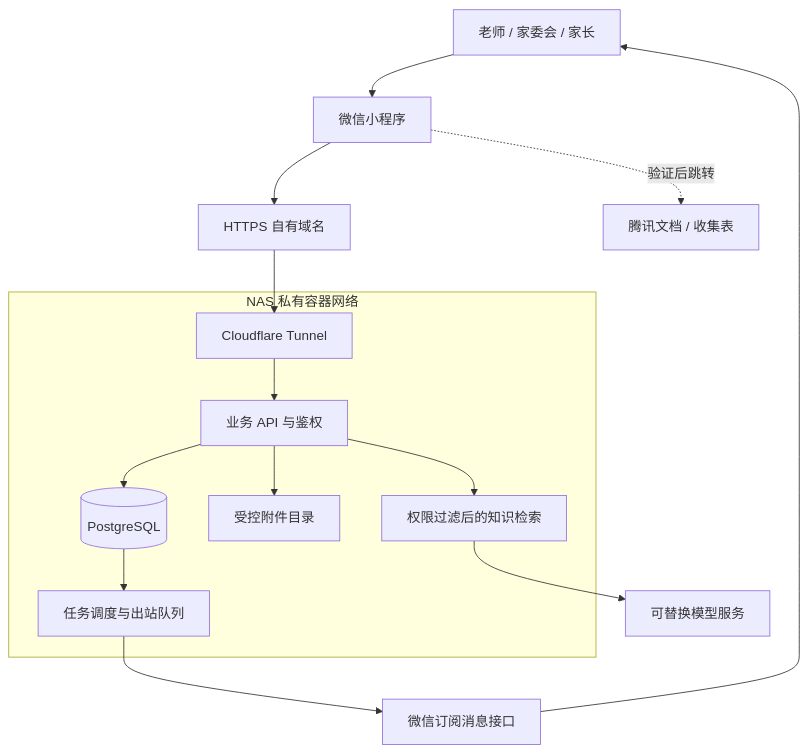
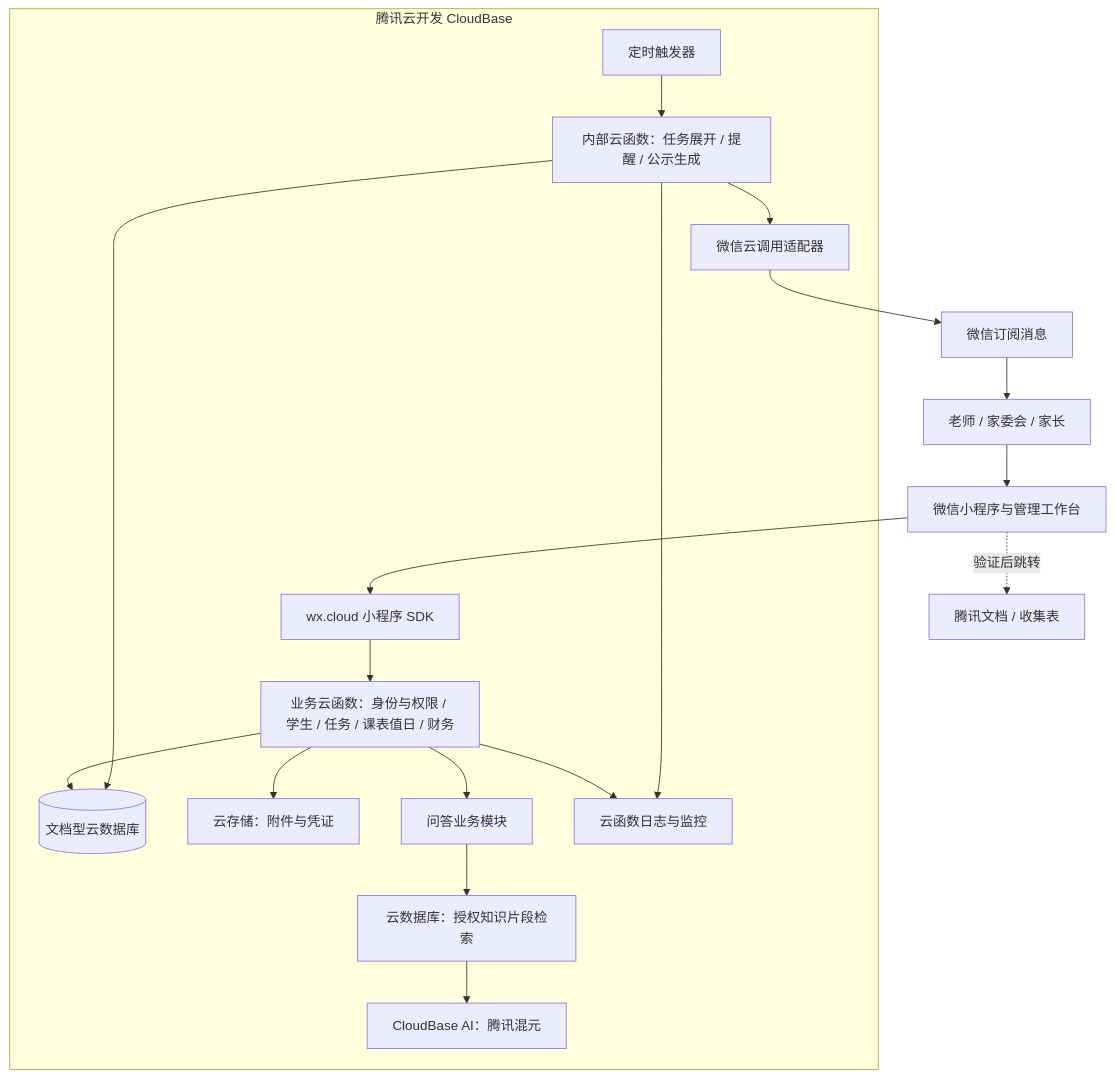
One commit to xingzichen/class-relay changed the first of 2 diagrams in docs/technical-architecture.md. Above: the diagram before and after it, drawn with Mermaid. The commit also changed other lines of this file and 12 other files, not shown here.

Commit message:
docs: define CloudBase architecture, routine scope and schedule workflows

````diff
--- a/docs/technical-architecture.md
+++ b/docs/technical-architecture.md
@@ -9,17 +9,21 @@
 ```mermaid
 flowchart TD
-    U[老师 / 家委会 / 家长] --> MP[微信小程序]
-    MP --> EDGE[HTTPS 自有域名]
-    EDGE --> TUN[Cloudflare Tunnel]
-    subgraph NAS[NAS 私有容器网络]
-        TUN --> API[业务 API 与鉴权]
-        API --> DB[(PostgreSQL)]
-        API --> FILES[受控附件目录]
-        DB --> WORKER[任务调度与出站队列]
-        API --> RETRIEVE[权限过滤后的知识检索]
+    U[老师 / 家委会 / 家长] --> MP[微信小程序与管理工作台]
+    MP --> SDK[wx.cloud 小程序 SDK]
+    subgraph CB[腾讯云开发 CloudBase]
+        SDK --> API[业务云函数：身份与权限 / 学生 / 任务 / 课表值日 / 财务]
+        API --> DB[(文档型云数据库)]
+        API --> FILE[云存储：附件与凭证]
+        TIMER[定时触发器] --> JOB[内部云函数：任务展开 / 提醒 / 公示生成]
+        JOB --> DB
+        API --> QA[问答业务模块]
+        QA --> SEARCH[云数据库：授权知识片段检索]
+        SEARCH --> AI[CloudBase AI：腾讯混元]
+        API --> LOG[云函数日志与监控]
+        JOB --> LOG
+        JOB --> OPEN[微信云调用适配器]
     end
-    RETRIEVE --> LLM[可替换模型服务]
-    WORKER --> WX[微信订阅消息接口]
+    OPEN --> WX[微信订阅消息]
     WX --> U
     MP -.验证后跳转.-> DOC[腾讯文档 / 收集表]
 ```
````
